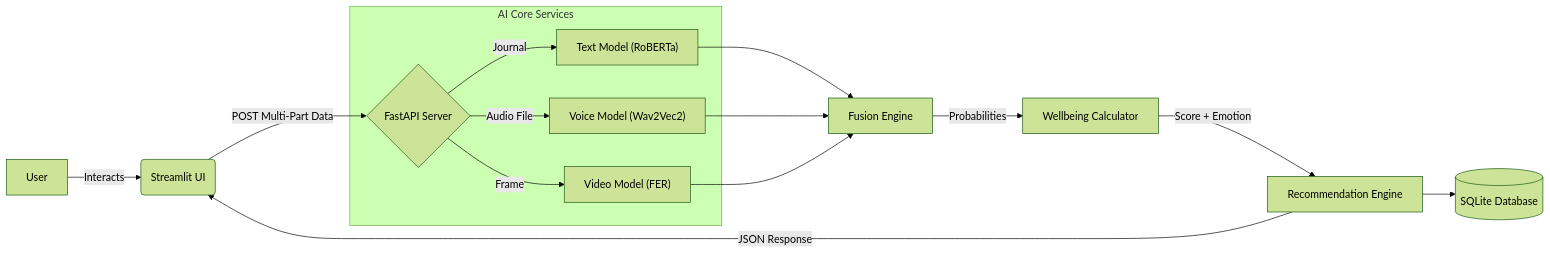
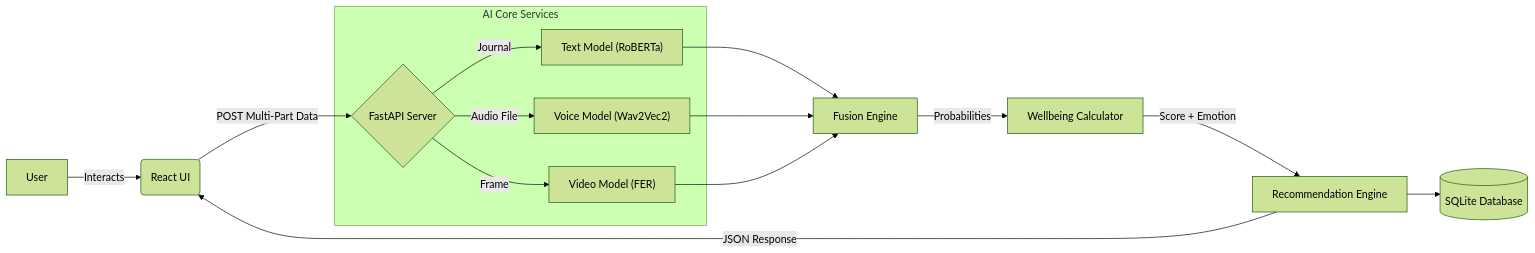
Before and after one commit to ISHANSHIRODE01/Emotion-Aware-Productivity-Mental-Wellbeing-Assistant: the diagram in README.md, drawn with Mermaid (forest theme). The commit also changed other lines of this file and 31 other files, not shown here.

Commit message:
feat: Migrate to React frontend, optimize for production, and configure Vercel/Render deployment

````diff
--- a/README.md
+++ b/README.md
@@ -54,21 +61,21 @@
 ```mermaid
 graph LR
-    User[User] -->|Interacts| Frontend("Streamlit UI")
+    User[User] -->|Interacts| Frontend("React UI")
     Frontend -->|POST Multi-Part Data| Backend{"FastAPI Server"}
     
     subgraph "AI Core Services"
         Backend -->|Journal| NLP["Text Model (RoBERTa)"]
         Backend -->|Audio File| Audio["Voice Model (Wav2Vec2)"]
         Backend -->|Frame| Vision["Video Model (FER)"]
     end
     
     NLP --> Fusion["Fusion Engine"]
     Audio --> Fusion
     Vision --> Fusion
     
     Fusion -->|Probabilities| Scoring["Wellbeing Calculator"]
     Scoring -->|Score + Emotion| Recommender["Recommendation Engine"]
     
     Recommender --> DB[("SQLite Database")]
     Recommender -->|JSON Response| Frontend
 ```
````
